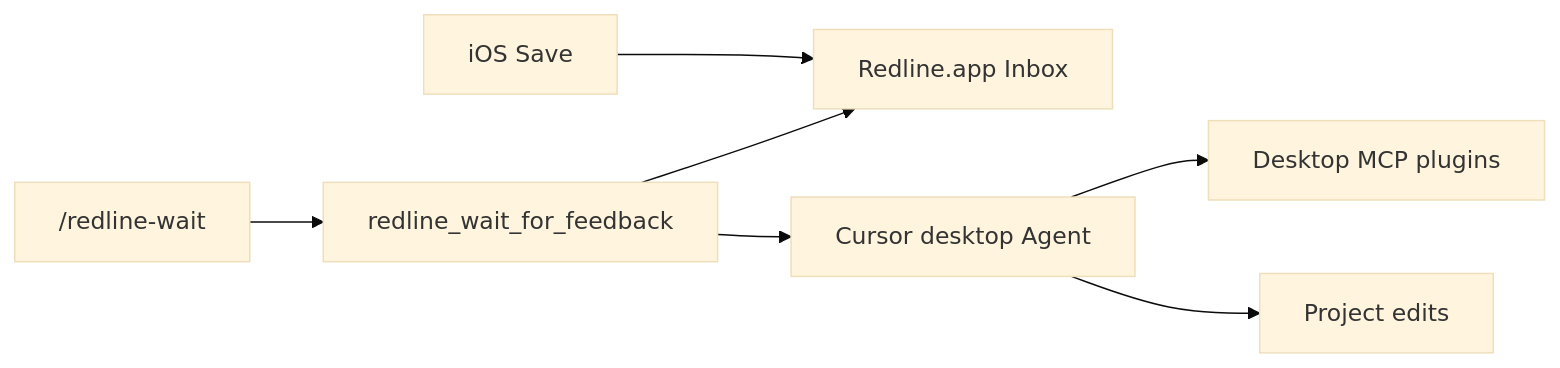
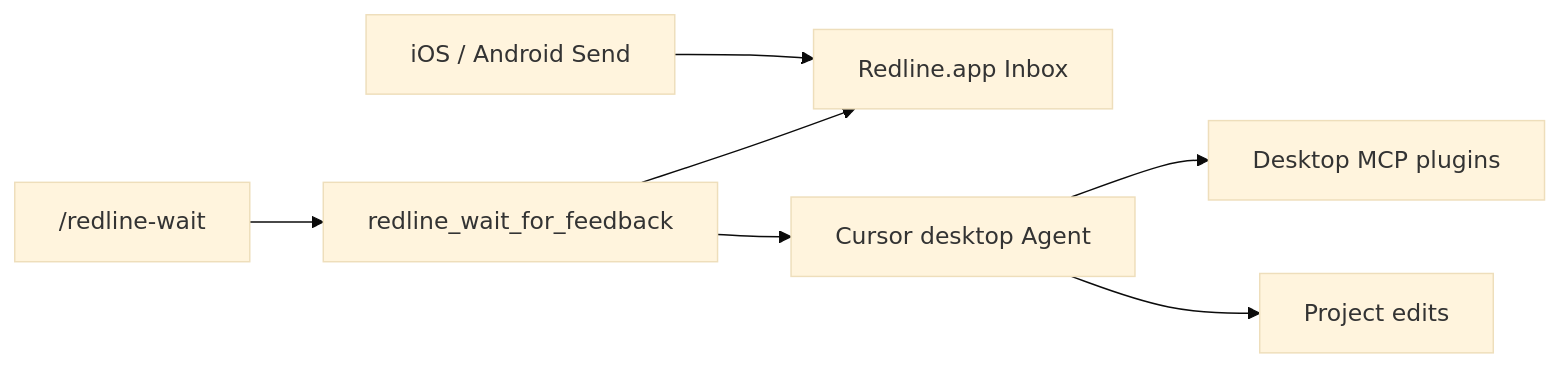
One commit to piyatat/redline changed the second of 2 diagrams in docs/agent-wiring.md. Above: the diagram before and after it, drawn with Mermaid (base theme). The commit also changed other lines of this file and 51 other files, not shown here.

First line of the commit message:
Add Android designer capture and harden inbox ownership across platforms.

````diff
--- a/docs/agent-wiring.md
+++ b/docs/agent-wiring.md
@@ -145,9 +146,9 @@
 ```mermaid
 flowchart LR
-  Save[iOS Save] --> App[Redline.app Inbox]
+  Save[iOS / Android Send] --> App[Redline.app Inbox]
   Cmd["/redline-wait"] --> MCP[redline_wait_for_feedback]
   MCP --> App
   MCP --> Agent[Cursor desktop Agent]
   Agent --> Plugins[Desktop MCP plugins]
   Agent --> Repo[Project edits]
 ```
````
